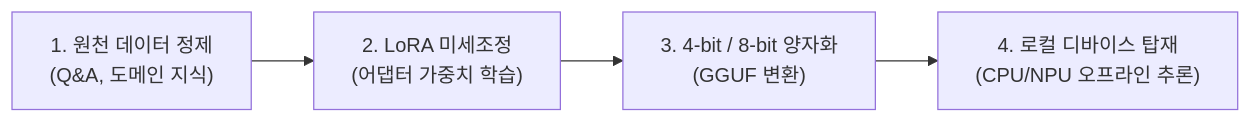
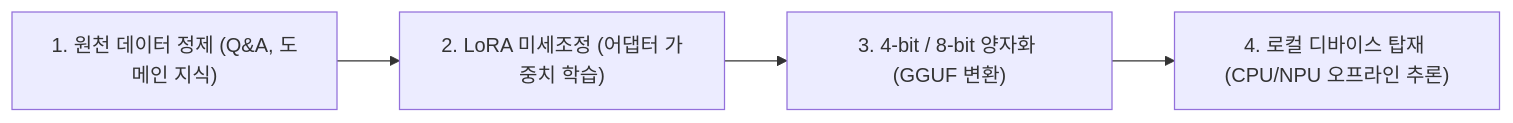
Before and after one commit to xtx9/moduai-pr: the diagram in public/content/lectures/chapter-02.md, drawn with Mermaid. The commit also changed other lines of this file and 18 other files, not shown here.

````diff
--- a/public/content/lectures/chapter-02.md
+++ b/public/content/lectures/chapter-02.md
@@ -21,6 +21,6 @@
 ```mermaid
 flowchart LR
-    A["1. 원천 데이터 정제\n(Q&A, 도메인 지식)"] --> B["2. LoRA 미세조정\n(어댑터 가중치 학습)"]
-    B --> C["3. 4-bit / 8-bit 양자화\n(GGUF 변환)"]
-    C --> D["4. 로컬 디바이스 탑재\n(CPU/NPU 오프라인 추론)"]
+    A["1. 원천 데이터 정제 (Q&A, 도메인 지식)"] --> B["2. LoRA 미세조정 (어댑터 가중치 학습)"]
+    B --> C["3. 4-bit / 8-bit 양자화 (GGUF 변환)"]
+    C --> D["4. 로컬 디바이스 탑재 (CPU/NPU 오프라인 추론)"]
 ```
````
